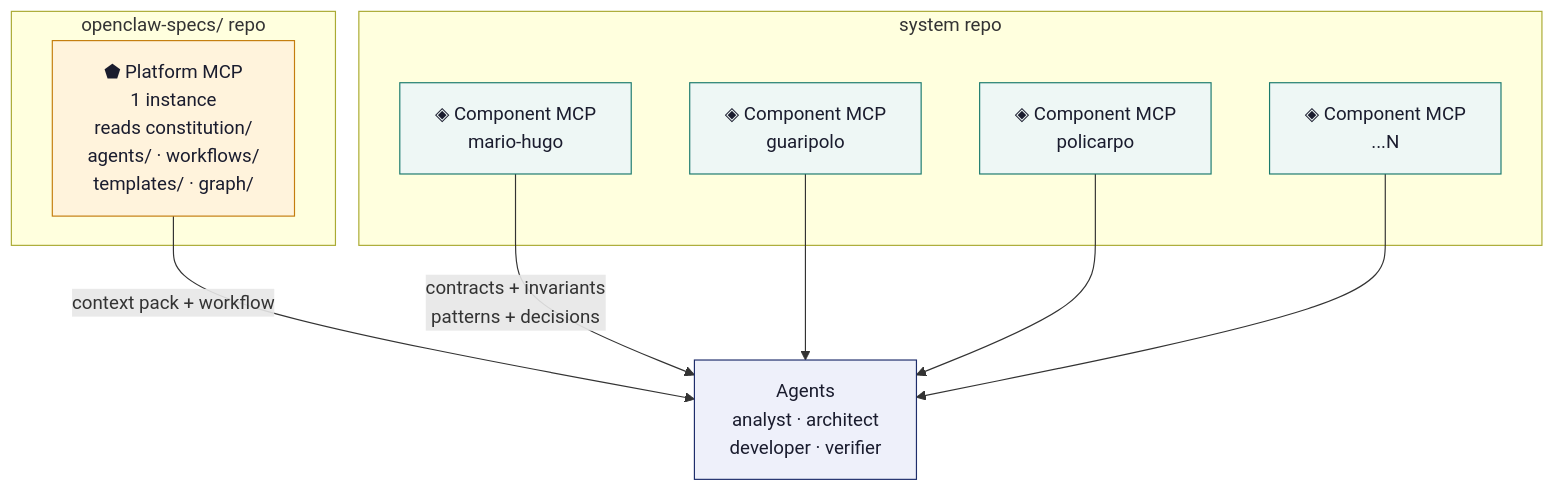
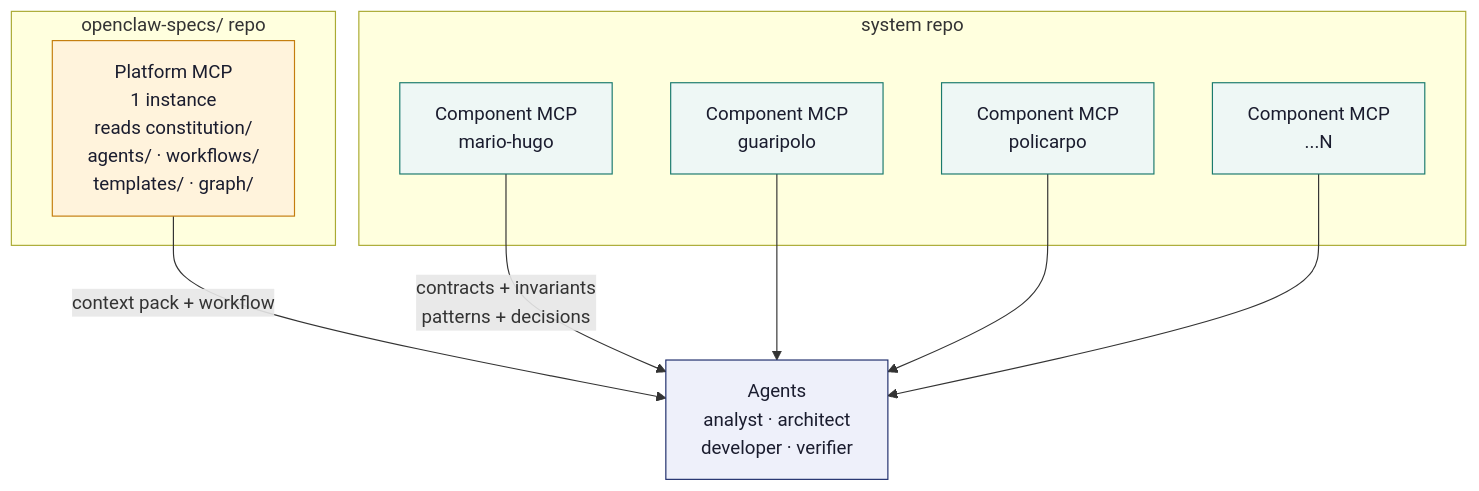
Before and after one commit to javierhbr/agnostic-agent-loop: the second of 8 diagrams in docs/sdd-mcp/operation model/six-pager-01.md, drawn with Mermaid. The commit also changed other lines of this file and 62 other files, not shown here.

````diff
--- a/docs/sdd-mcp/operation model/six-pager-01.md
+++ b/docs/sdd-mcp/operation model/six-pager-01.md
@@ -213,26 +273,26 @@
 ```mermaid
 graph TD
     subgraph "openclaw-specs/ repo"
-        PMCP["⬟ Platform MCP\n1 instance\nreads constitution/\nagents/ · workflows/\ntemplates/ · graph/"]
+        PMCP["Platform MCP\n1 instance\nreads constitution/\nagents/ · workflows/\ntemplates/ · graph/"]
     end
 
     subgraph "system repo"
-        CM1["◈ Component MCP\nmario-hugo"]
-        CM2["◈ Component MCP\nguaripolo"]
-        CM3["◈ Component MCP\npolicarpo"]
-        CMn["◈ Component MCP\n...N"]
+        CM1["Component MCP\nmario-hugo"]
+        CM2["Component MCP\nguaripolo"]
+        CM3["Component MCP\npolicarpo"]
+        CMn["Component MCP\n...N"]
     end
 
     PMCP -->|"context pack + workflow"| AG["Agents\nanalyst · architect\ndeveloper · verifier"]
     CM1 -->|"contracts + invariants\npatterns + decisions"| AG
     CM2 --> AG
     CM3 --> AG
     CMn --> AG
 
     style PMCP fill:#fff3dc,stroke:#c47d0e,color:#1a1c2e
     style CM1 fill:#eef7f5,stroke:#1a7a6d,color:#1a1c2e
     style CM2 fill:#eef7f5,stroke:#1a7a6d,color:#1a1c2e
     style CM3 fill:#eef7f5,stroke:#1a7a6d,color:#1a1c2e
     style CMn fill:#eef7f5,stroke:#1a7a6d,color:#1a1c2e
     style AG fill:#eef0fa,stroke:#1e2d6b,color:#1a1c2e
 ```
````
